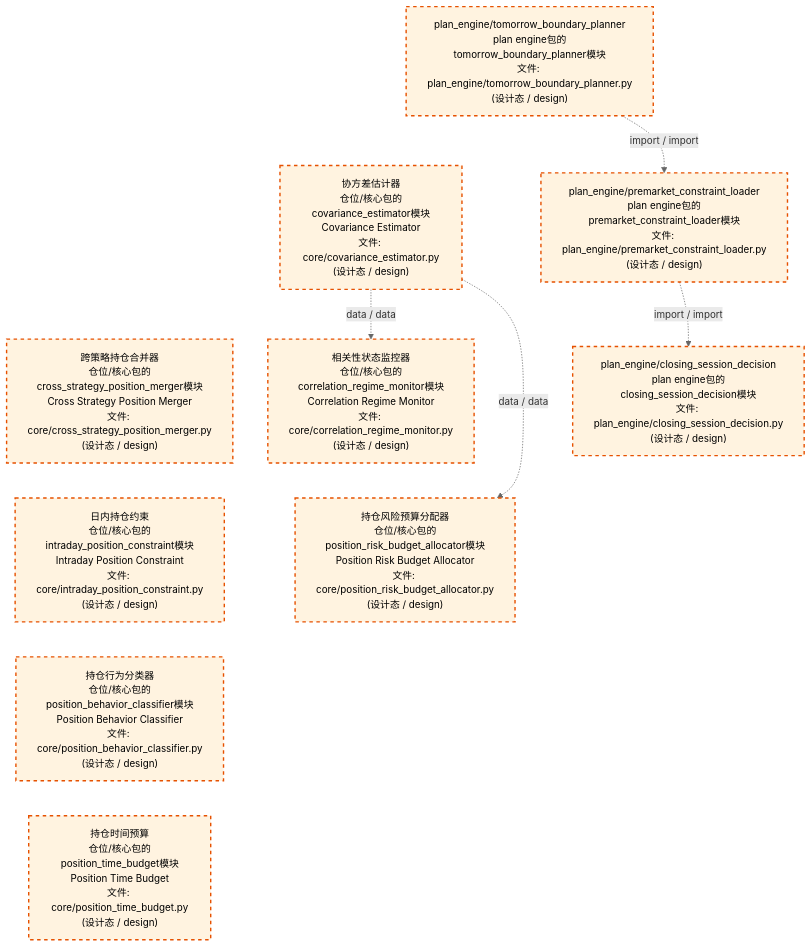
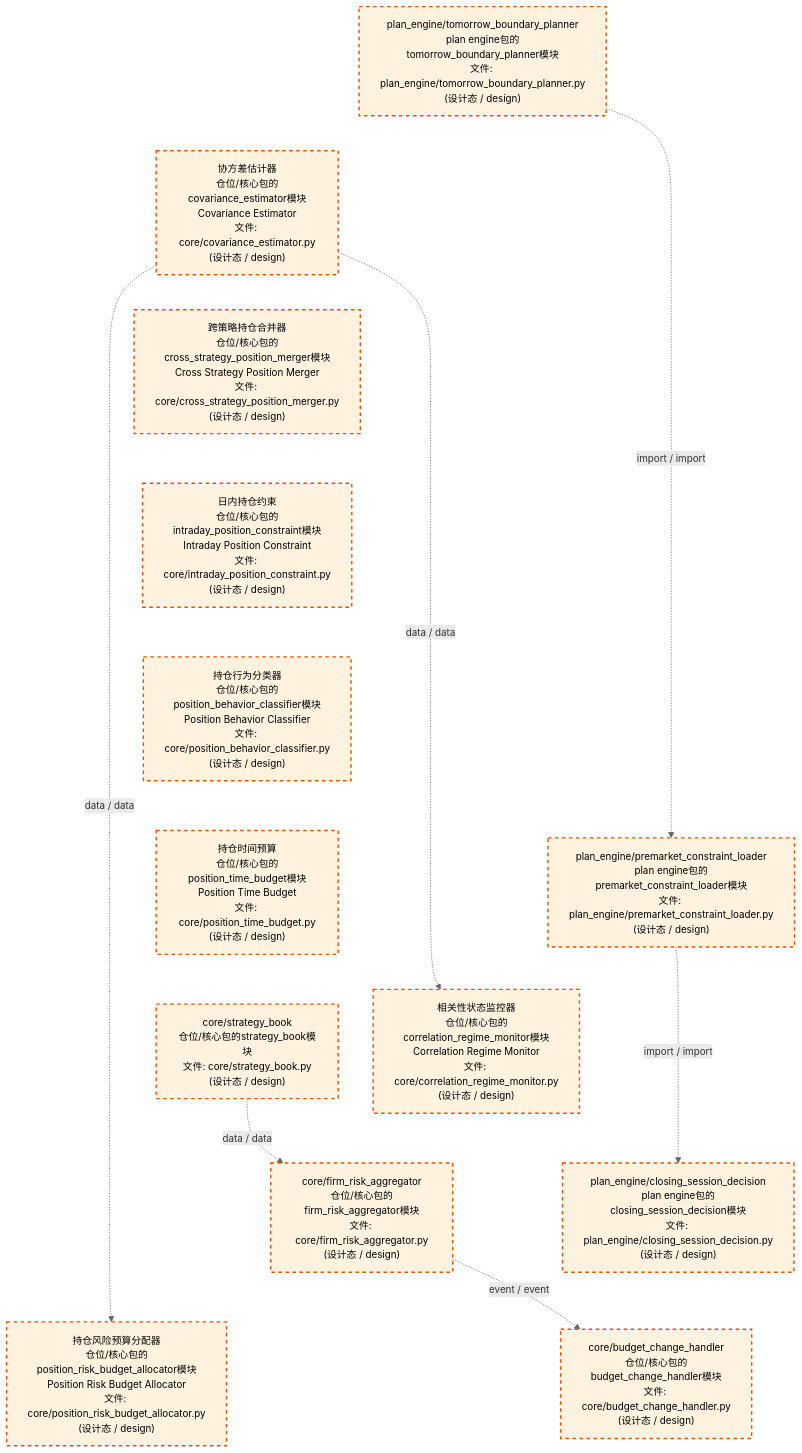
One commit to xuanFelixVan/ZephyrAlpha changed the third of 4 diagrams in docs/02_enterprise_architecture/02_domain_architecture_docs/64_d_position.md. Above: the diagram before and after it, drawn with Mermaid. The commit also changed other lines of this file and 94 other files, not shown here.

````diff
--- a/docs/02_enterprise_architecture/02_domain_architecture_docs/64_d_position.md
+++ b/docs/02_enterprise_architecture/02_domain_architecture_docs/64_d_position.md
@@ -228,30 +239,38 @@
 ```mermaid
 %%{init: {'theme': 'base', 'themeVariables': {'primaryColor': '#eaeaea', 'primaryTextColor': '#333333', 'primaryBorderColor': '#666666', 'lineColor': '#666666', 'secondaryColor': '#eaeaea', 'tertiaryColor': '#eaeaea', 'fontSize': '14px'}}}%%
 flowchart TD
     src_zephyr_plan_engine_tomorrow_boundary_planner_py["plan_engine/tomorrow_boundary_planner<br/>plan engine包的tomorrow_boundary_planner模块<br/>文件: plan_engine/tomorrow_boundary_planner.py<br/>(设计态 / design)"]
     src_zephyr_position_core_covariance_estimator_py["协方差估计器<br/>仓位/核心包的covariance_estimator模块<br/>Covariance Estimator<br/>文件: core/covariance_estimator.py<br/>(设计态 / design)"]
     src_zephyr_position_core_cross_strategy_position_merger_py["跨策略持仓合并器<br/>仓位/核心包的cross_strategy_position_merger模块<br/>Cross Strategy Position Merger<br/>文件: core/cross_strategy_position_merger.py<br/>(设计态 / design)"]
     src_zephyr_position_core_intraday_position_constraint_py["日内持仓约束<br/>仓位/核心包的intraday_position_constraint模块<br/>Intraday Position Constraint<br/>文件: core/intraday_position_constraint.py<br/>(设计态 / design)"]
     src_zephyr_position_core_position_behavior_classifier_py["持仓行为分类器<br/>仓位/核心包的position_behavior_classifier模块<br/>Position Behavior Classifier<br/>文件: core/position_behavior_classifier.py<br/>(设计态 / design)"]
     src_zephyr_position_core_position_time_budget_py["持仓时间预算<br/>仓位/核心包的position_time_budget模块<br/>Position Time Budget<br/>文件: core/position_time_budget.py<br/>(设计态 / design)"]
+    src_zephyr_position_core_strategy_book_py["core/strategy_book<br/>仓位/核心包的strategy_book模块<br/>文件: core/strategy_book.py<br/>(设计态 / design)"]
     src_zephyr_plan_engine_tomorrow_boundary_planner_py ~~~ src_zephyr_position_core_covariance_estimator_py
     src_zephyr_position_core_covariance_estimator_py ~~~ src_zephyr_position_core_cross_strategy_position_merger_py
     src_zephyr_position_core_cross_strategy_position_merger_py ~~~ src_zephyr_position_core_intraday_position_constraint_py
     src_zephyr_position_core_intraday_position_constraint_py ~~~ src_zephyr_position_core_position_behavior_classifier_py
     src_zephyr_position_core_position_behavior_classifier_py ~~~ src_zephyr_position_core_position_time_budget_py
+    src_zephyr_position_core_position_time_budget_py ~~~ src_zephyr_position_core_strategy_book_py
     src_zephyr_plan_engine_premarket_constraint_loader_py["plan_engine/premarket_constraint_loader<br/>plan engine包的premarket_constraint_loader模块<br/>文件: plan_engine/premarket_constraint_loader.py<br/>(设计态 / design)"]
     src_zephyr_position_core_correlation_regime_monitor_py["相关性状态监控器<br/>仓位/核心包的correlation_regime_monitor模块<br/>Correlation Regime Monitor<br/>文件: core/correlation_regime_monitor.py<br/>(设计态 / design)"]
+    src_zephyr_position_core_firm_risk_aggregator_py["core/firm_risk_aggregator<br/>仓位/核心包的firm_risk_aggregator模块<br/>文件: core/firm_risk_aggregator.py<br/>(设计态 / design)"]
     src_zephyr_position_core_position_risk_budget_allocator_py["持仓风险预算分配器<br/>仓位/核心包的position_risk_budget_allocator模块<br/>Position Risk Budget Allocator<br/>文件: core/position_risk_budget_allocator.py<br/>(设计态 / design)"]
     src_zephyr_plan_engine_premarket_constraint_loader_py ~~~ src_zephyr_position_core_correlation_regime_monitor_py
-    src_zephyr_position_core_correlation_regime_monitor_py ~~~ src_zephyr_position_core_position_risk_budget_allocator_py
+    src_zephyr_position_core_correlation_regime_monitor_py ~~~ src_zephyr_position_core_firm_risk_aggregator_py
+    src_zephyr_position_core_firm_risk_aggregator_py ~~~ src_zephyr_position_core_position_risk_budget_allocator_py
     src_zephyr_plan_engine_closing_session_decision_py["plan_engine/closing_session_decision<br/>plan engine包的closing_session_decision模块<br/>文件: plan_engine/closing_session_decision.py<br/>(设计态 / design)"]
+    src_zephyr_position_core_budget_change_handler_py["core/budget_change_handler<br/>仓位/核心包的budget_change_handler模块<br/>文件: core/budget_change_handler.py<br/>(设计态 / design)"]
+    src_zephyr_plan_engine_closing_session_decision_py ~~~ src_zephyr_position_core_budget_change_handler_py
     src_zephyr_position_core_covariance_estimator_py -.->|data / data| src_zephyr_position_core_correlation_regime_monitor_py
     src_zephyr_position_core_covariance_estimator_py -.->|data / data| src_zephyr_position_core_position_risk_budget_allocator_py
     src_zephyr_plan_engine_tomorrow_boundary_planner_py -.->|import / import| src_zephyr_plan_engine_premarket_constraint_loader_py
     src_zephyr_plan_engine_premarket_constraint_loader_py -.->|import / import| src_zephyr_plan_engine_closing_session_decision_py
+    src_zephyr_position_core_strategy_book_py -.->|data / data| src_zephyr_position_core_firm_risk_aggregator_py
+    src_zephyr_position_core_firm_risk_aggregator_py -.->|event / event| src_zephyr_position_core_budget_change_handler_py
     classDef production fill:#e1f5fe,stroke:#01579b,stroke-width:2px,color:#000
     classDef design fill:#fff3e0,stroke:#e65100,stroke-width:2px,color:#000,stroke-dasharray: 5 5
     classDef external_prod fill:#e8f4fd,stroke:#0277bd,stroke-width:1px,color:#000
     classDef external_design fill:#fff8e7,stroke:#ef6c00,stroke-width:1px,color:#000,stroke-dasharray: 5 5
-    class src_zephyr_plan_engine_closing_session_decision_py,src_zephyr_plan_engine_premarket_constraint_loader_py,src_zephyr_plan_engine_tomorrow_boundary_planner_py,src_zephyr_position_core_correlation_regime_monitor_py,src_zephyr_position_core_covariance_estimator_py,src_zephyr_position_core_cross_strategy_position_merger_py,src_zephyr_position_core_intraday_position_constraint_py,src_zephyr_position_core_position_behavior_classifier_py,src_zephyr_position_core_position_risk_budget_allocator_py,src_zephyr_position_core_position_time_budget_py design
+    class src_zephyr_plan_engine_closing_session_decision_py,src_zephyr_plan_engine_premarket_constraint_loader_py,src_zephyr_plan_engine_tomorrow_boundary_planner_py,src_zephyr_position_core_budget_change_handler_py,src_zephyr_position_core_correlation_regime_monitor_py,src_zephyr_position_core_covariance_estimator_py,src_zephyr_position_core_cross_strategy_position_merger_py,src_zephyr_position_core_firm_risk_aggregator_py,src_zephyr_position_core_intraday_position_constraint_py,src_zephyr_position_core_position_behavior_classifier_py,src_zephyr_position_core_position_risk_budget_allocator_py,src_zephyr_position_core_position_time_budget_py,src_zephyr_position_core_strategy_book_py design
 ```
````
